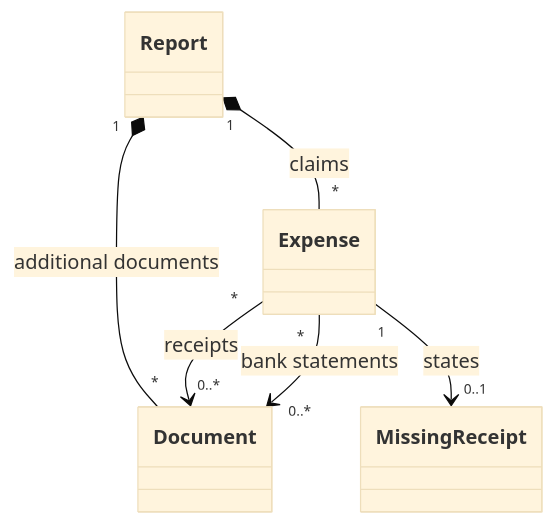
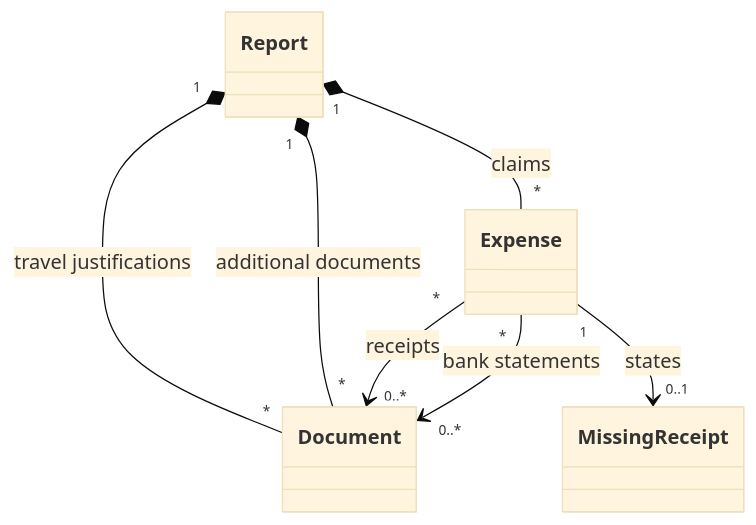
The diagram in docs/specs/domain-model.md (mosser/macreport), drawn with Mermaid (base theme) before and after one commit. The commit also changed other lines of this file and 26 other files, not shown here.

First line of the commit message:
Add travel justifications, additional documents and document names

````diff
--- a/docs/specs/domain-model.md
+++ b/docs/specs/domain-model.md
@@ -65,8 +69,9 @@
 ```mermaid
 classDiagram
   Report "1" *-- "*" Expense : claims
+  Report "1" *-- "*" Document : travel justifications
   Report "1" *-- "*" Document : additional documents
   Expense "*" --> "0..*" Document : receipts
   Expense "*" --> "0..*" Document : bank statements
   Expense "1" --> "0..1" MissingReceipt : states
 ```
````
